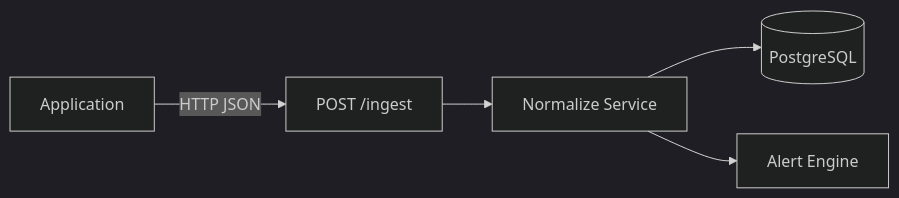
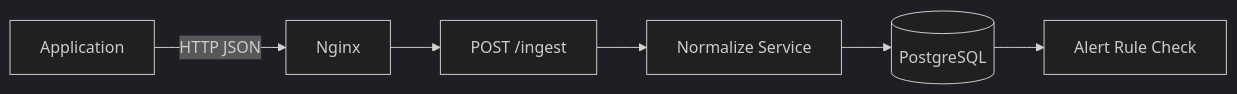
Before and after one commit to HAMLEG448/log-management-demo: the third of 14 diagrams in docs/data-flow.md, drawn with Mermaid (dark theme). The commit also changed other lines of this file and 2 other files, not shown here.

````diff
--- a/docs/data-flow.md
+++ b/docs/data-flow.md
@@ -20,13 +140,15 @@
 ```mermaid
 flowchart LR
     SOURCE[Application]
+    NGINX[Nginx]
     API[POST /ingest]
     NORMALIZE[Normalize Service]
     DB[(PostgreSQL)]
-    ALERT[Alert Engine]
+    ALERT[Alert Rule Check]
 
-    SOURCE -->|HTTP JSON| API
+    SOURCE -->|HTTP JSON| NGINX
+    NGINX --> API
     API --> NORMALIZE
     NORMALIZE --> DB
-    NORMALIZE --> ALERT
+    DB --> ALERT
 ```
````
